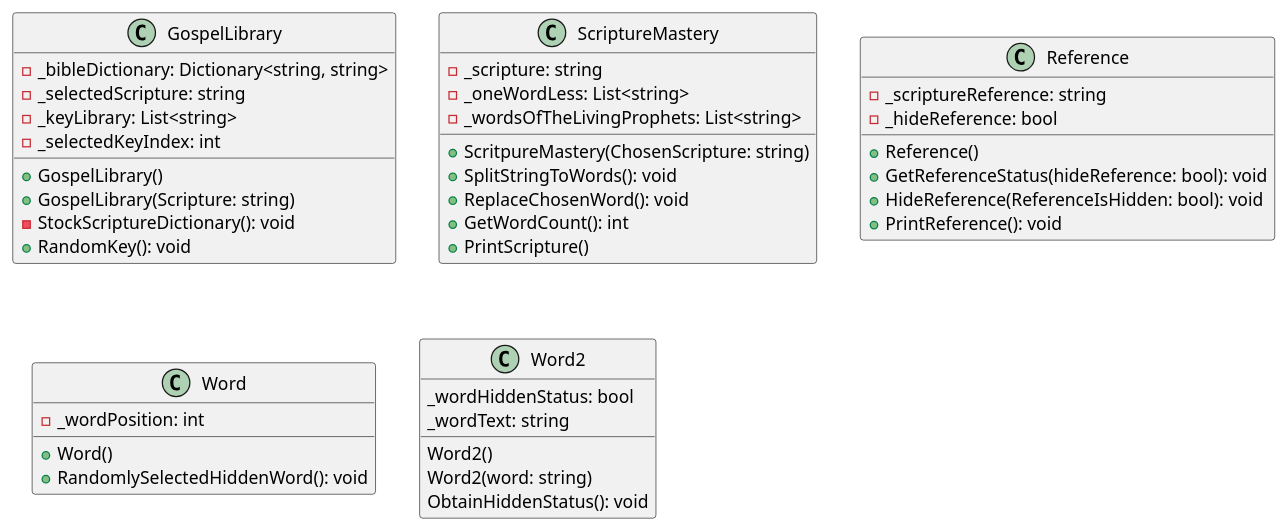
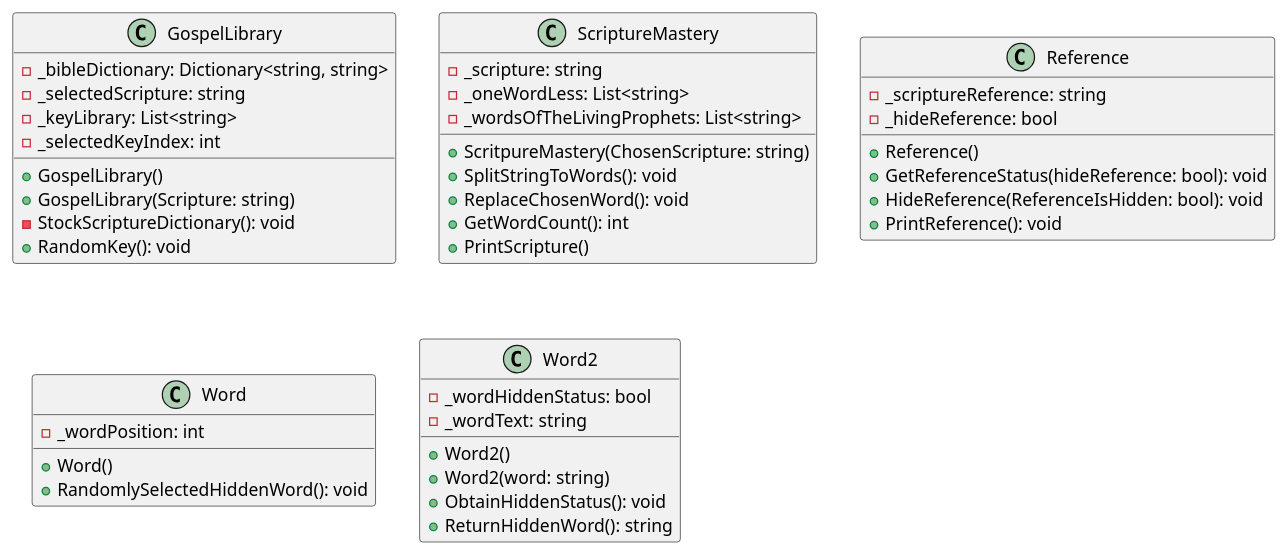
One commit to Dannrey/CSE210-template changed the diagram in prove/Develop03/Class Diagram.plantuml. Above: the diagram before and after it, drawn with PlantUML.

Commit message:
So, I added one or two more attributes to the Word2 class. I don't remember, but I might've added a few more to some of the other classes.

```diff
--- a/prove/Develop03/Class Diagram.plantuml
+++ b/prove/Develop03/Class Diagram.plantuml
@@ -1,74 +1,75 @@
 @startuml None
 'GospelLibrary class
 'Attributes:
 GospelLibrary : -_bibleDictionary: Dictionary<string, string>
 GospelLibrary : -_selectedScripture: string
 GospelLibrary : -_keyLibrary: List<string>
 GospelLibrary : -_selectedKeyIndex: int
 
 'Constructors:
 GospelLibrary : +GospelLibrary()
 GospelLibrary : +GospelLibrary(Scripture: string)
 
 'Methods
 GospelLibrary : -StockScriptureDictionary(): void
 GospelLibrary : +RandomKey(): void
 
 
 
 'ScriptureMastery class
 'Attributes:
 ScriptureMastery : -_scripture: string
 ScriptureMastery : -_oneWordLess: List<string>
 ScriptureMastery : -_wordsOfTheLivingProphets: List<string>
 
 'Constructors:
 ScriptureMastery : +ScritpureMastery(ChosenScripture: string)
 
 'Methods:
 ScriptureMastery : +SplitStringToWords(): void
 ScriptureMastery : +ReplaceChosenWord(): void
 ScriptureMastery : +GetWordCount(): int
 ScriptureMastery : +PrintScripture()
 
 
 'Reference class
 'Attributes:
 Reference : -_scriptureReference: string
 Reference : -_hideReference: bool
 
 'Constructors:
 Reference : +Reference()
 
 'Methods:
 Reference : +GetReferenceStatus(hideReference: bool): void
 Reference : +HideReference(ReferenceIsHidden: bool): void
 Reference : +PrintReference(): void
 
 
 
 'Word class
 'Attributes:
 Word : -_wordPosition: int
 
 'constructors:
 Word : +Word()
 
 'Methods:
 Word : +RandomlySelectedHiddenWord(): void
 ' Word : +SetWordStatus(): void
 
 
 
 'Word2 class
 'Attributes
-Word2 : _wordHiddenStatus: bool
-Word2 : _wordText: string
+Word2 : -_wordHiddenStatus: bool
+Word2 : -_wordText: string
 
 'Constructors:
-Word2 : Word2()
-Word2 : Word2(word: string)
+Word2 : +Word2()
+Word2 : +Word2(word: string)
 
 'Methods:
-Word2 : ObtainHiddenStatus(): void
+Word2 : +ObtainHiddenStatus(): void
+Word2 : +ReturnHiddenWord(): string
 @enduml
```
